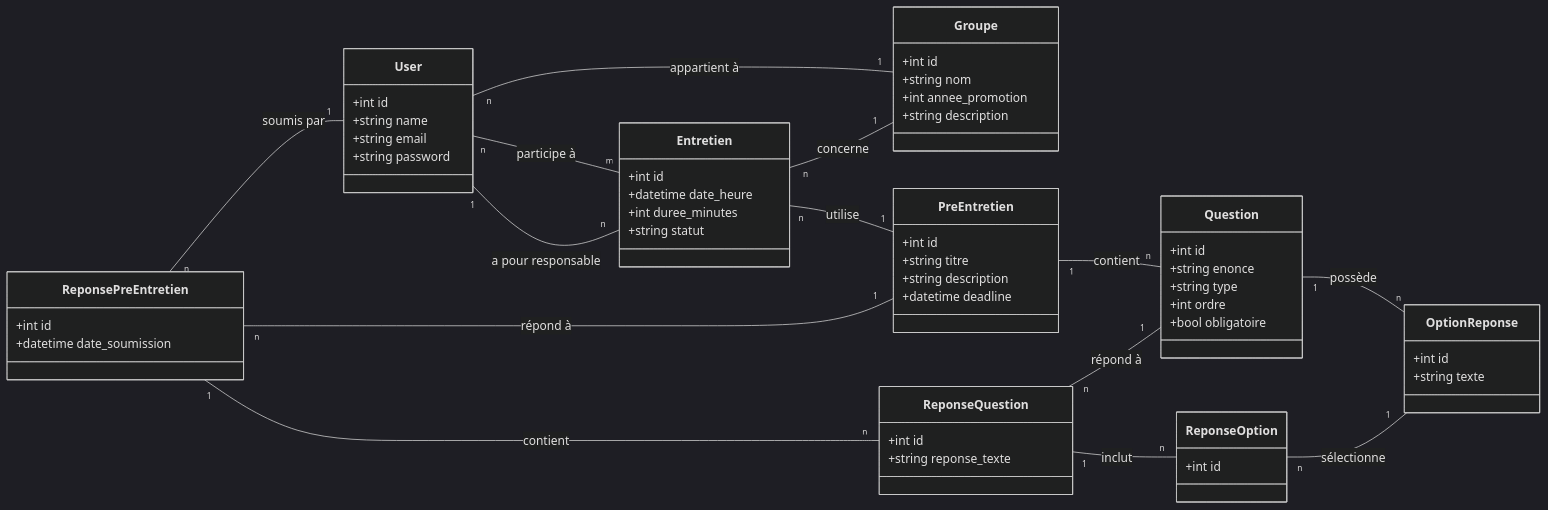
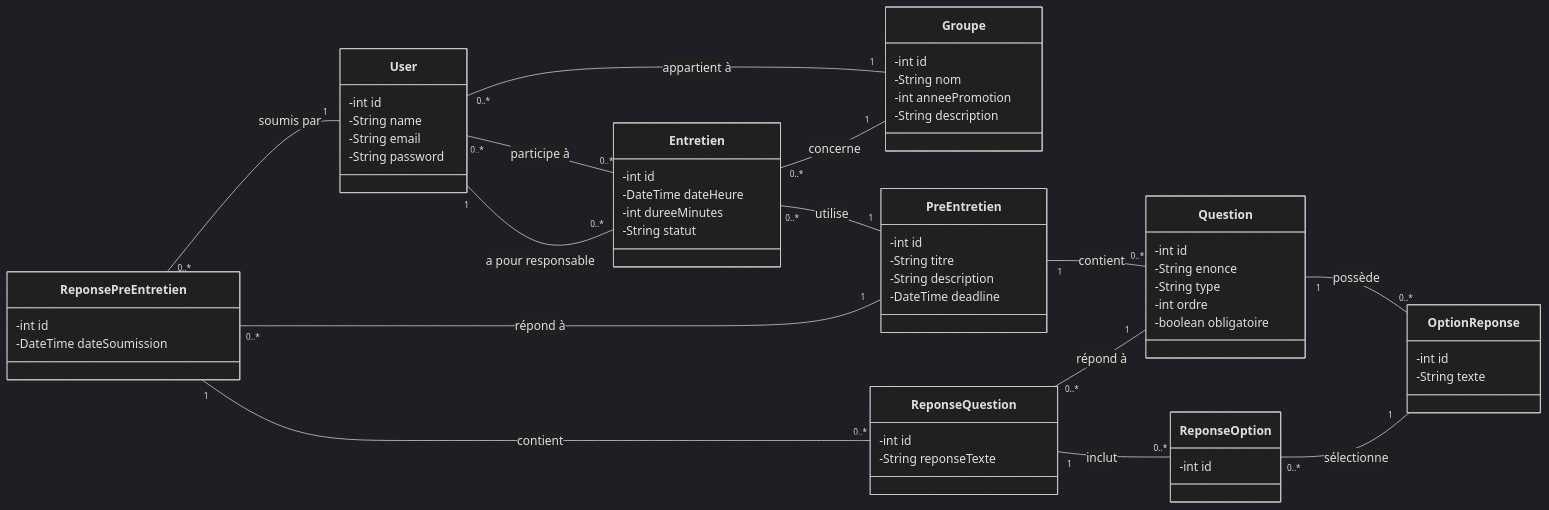
One commit to bardichoussama/FileRouge changed the diagram in Branche Technique/Conception/Diagram_Class.mmd. Above: the diagram before and after it, drawn with Mermaid (dark theme).

```diff
--- a/Branche Technique/Conception/Diagram_Class.mmd
+++ b/Branche Technique/Conception/Diagram_Class.mmd
@@ -1,63 +1,63 @@
 classDiagram
     direction LR
-    %% ===== CORE CLASSES WITHOUT PACKAGES =====
+    %% ===== CORE CLASSES =====
     class User {
-        +int id
-        +string name
-        +string email
-        +string password
+        -int id
+        -String name
+        -String email
+        -String password
     }
     class Groupe {
-        +int id
-        +string nom
-        +int annee_promotion
-        +string description
+        -int id
+        -String nom
+        -int anneePromotion
+        -String description
     }
     class PreEntretien {
-        +int id
-        +string titre
-        +string description
-        +datetime deadline
+        -int id
+        -String titre
+        -String description
+        -DateTime deadline
     }
     class Question {
-        +int id
-        +string enonce
-        +string type
-        +int ordre
-        +bool obligatoire
+        -int id
+        -String enonce
+        -String type
+        -int ordre
+        -boolean obligatoire
     }
     class OptionReponse {
-        +int id
-        +string texte
+        -int id
+        -String texte
     }
     class Entretien {
-        +int id
-        +datetime date_heure
-        +int duree_minutes
-        +string statut
+        -int id
+        -DateTime dateHeure
+        -int dureeMinutes
+        -String statut
     }
     class ReponsePreEntretien {
-        +int id
-        +datetime date_soumission
+        -int id
+        -DateTime dateSoumission
     }
     class ReponseQuestion {
-        +int id
-        +string reponse_texte
+        -int id
+        -String reponseTexte
     }
     class ReponseOption {
-        +int id
+        -int id
     }
     %% ===== RELATIONSHIPS =====
-    User "n" -- "1" Groupe : appartient à
-    Entretien "n" -- "1" User : a pour responsable
-    User "n" -- "m" Entretien : participe à
-    Entretien "n" -- "1" Groupe : concerne
-    Entretien "n" -- "1" PreEntretien : utilise
-    PreEntretien "1" -- "n" Question : contient
-    Question "1" -- "n" OptionReponse : possède
-    ReponsePreEntretien "n" -- "1" User : soumis par
-    ReponsePreEntretien "n" -- "1" PreEntretien : répond à
-    ReponsePreEntretien "1" -- "n" ReponseQuestion : contient
-    ReponseQuestion "n" -- "1" Question : répond à
-    ReponseQuestion "1" -- "n" ReponseOption : inclut
-    ReponseOption "n" -- "1" OptionReponse : sélectionne
+    User "0..*" -- "1" Groupe : appartient à
+    Entretien "0..*" -- "1" User : a pour responsable
+    User "0..*" -- "0..*" Entretien : participe à
+    Entretien "0..*" -- "1" Groupe : concerne
+    Entretien "0..*" -- "1" PreEntretien : utilise
+    PreEntretien "1" -- "0..*" Question : contient
+    Question "1" -- "0..*" OptionReponse : possède
+    ReponsePreEntretien "0..*" -- "1" User : soumis par
+    ReponsePreEntretien "0..*" -- "1" PreEntretien : répond à
+    ReponsePreEntretien "1" -- "0..*" ReponseQuestion : contient
+    ReponseQuestion "0..*" -- "1" Question : répond à
+    ReponseQuestion "1" -- "0..*" ReponseOption : inclut
+    ReponseOption "0..*" -- "1" OptionReponse : sélectionne
```
